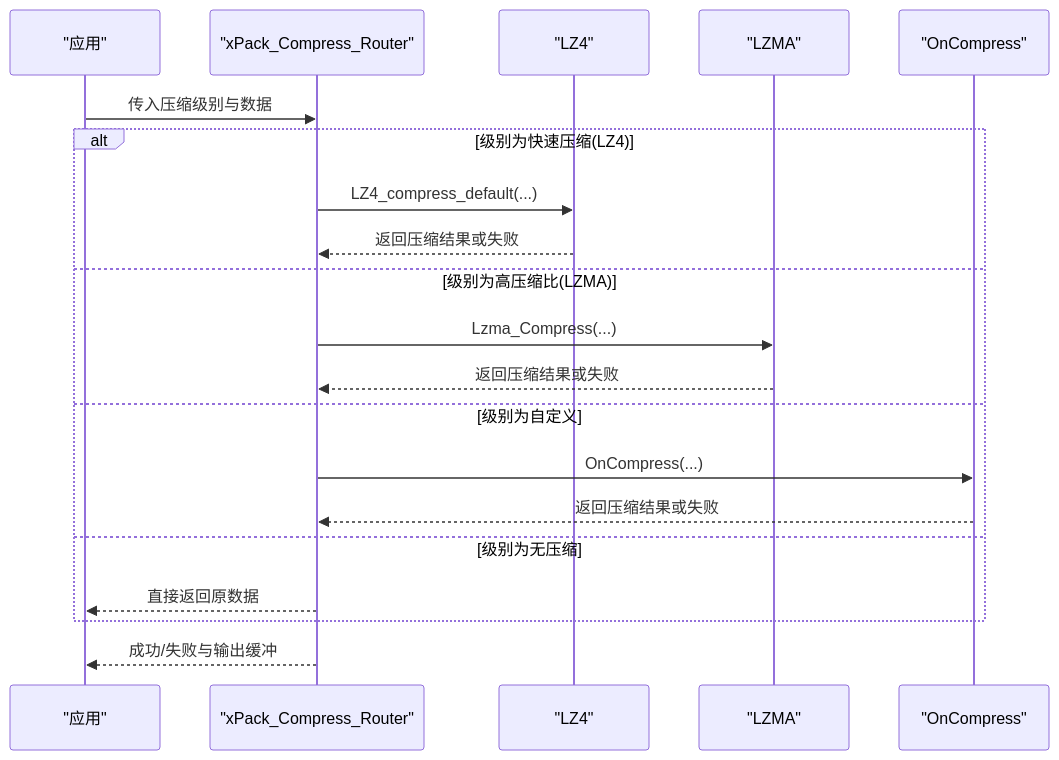
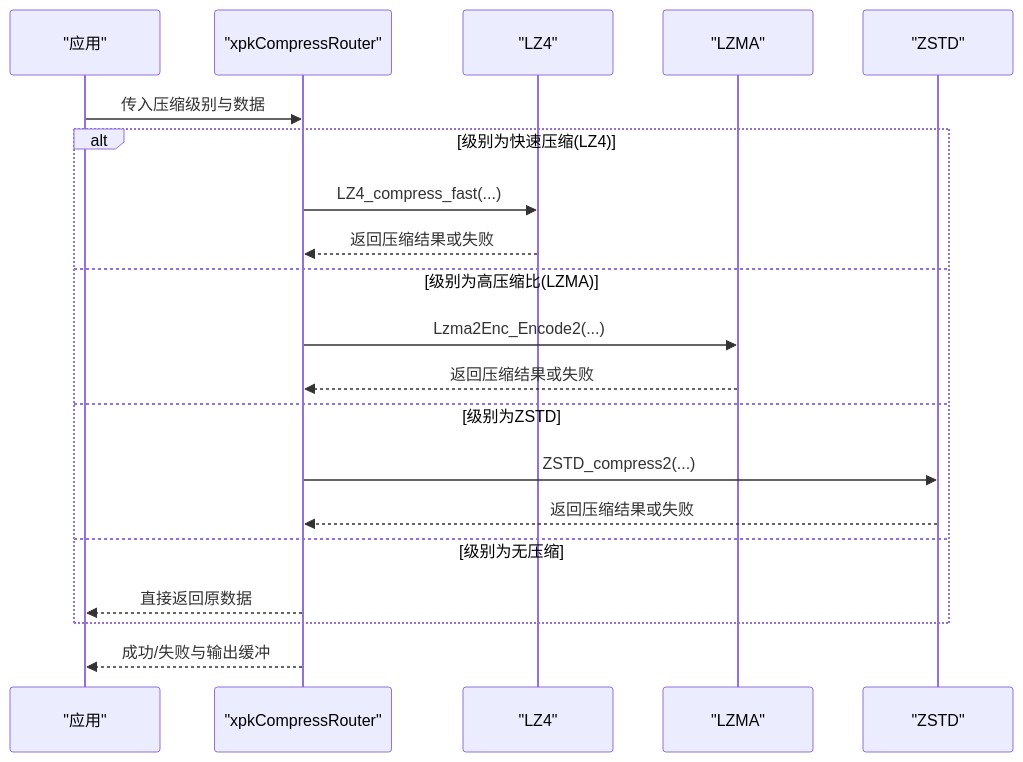
Before and after one commit to xywhsoft/xpack: the second of 3 diagrams in .qoder/repowiki/zh/content/压缩算法集成/压缩性能对比与选择.md, drawn with Mermaid. The commit also changed other lines of this file and 42 other files, not shown here.

````diff
--- a/.qoder/repowiki/zh/content/压缩算法集成/压缩性能对比与选择.md
+++ b/.qoder/repowiki/zh/content/压缩算法集成/压缩性能对比与选择.md
@@ -100,22 +106,22 @@
 ```mermaid
 sequenceDiagram
 participant 应用 as "应用"
-participant 路由 as "xPack_Compress_Router"
+participant 路由 as "xpkCompressRouter"
 participant LZ4 as "LZ4"
 participant LZMA as "LZMA"
-participant 自定义 as "OnCompress"
+participant ZSTD as "ZSTD"
 应用->>路由 : 传入压缩级别与数据
 alt 级别为快速压缩(LZ4)
-路由->>LZ4 : LZ4_compress_default(...)
+路由->>LZ4 : LZ4_compress_fast(...)
 LZ4-->>路由 : 返回压缩结果或失败
 else 级别为高压缩比(LZMA)
-路由->>LZMA : Lzma_Compress(...)
+路由->>LZMA : Lzma2Enc_Encode2(...)
 LZMA-->>路由 : 返回压缩结果或失败
-else 级别为自定义
-路由->>自定义 : OnCompress(...)
-自定义-->>路由 : 返回压缩结果或失败
+else 级别为ZSTD
+路由->>ZSTD : ZSTD_compress2(...)
+ZSTD-->>路由 : 返回压缩结果或失败
 else 级别为无压缩
 路由-->>应用 : 直接返回原数据
 end
 路由-->>应用 : 成功/失败与输出缓冲
 ```
````
